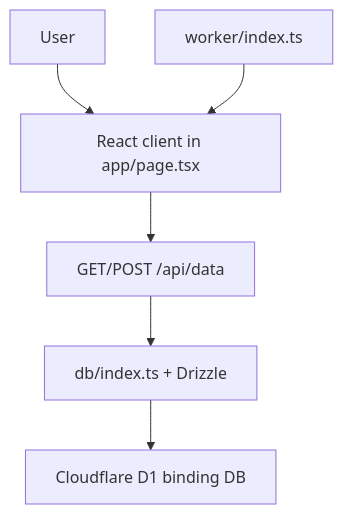
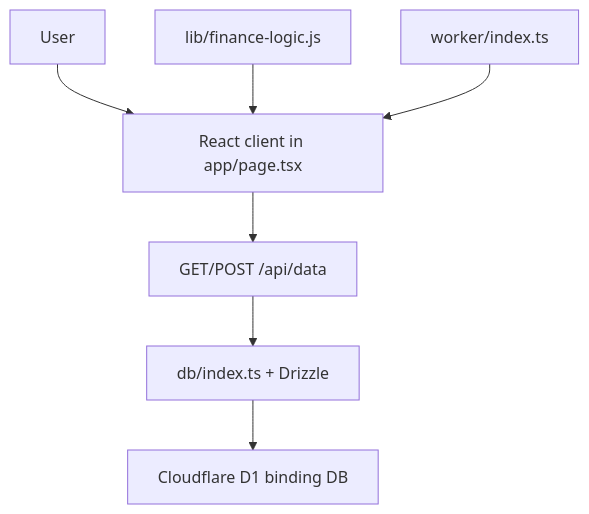
Before and after one commit to oy-Moscato/investment-lab: the diagram in docs/ARCHITECTURE.md, drawn with Mermaid. The commit also changed other lines of this file and 22 other files, not shown here.

````diff
--- a/docs/ARCHITECTURE.md
+++ b/docs/ARCHITECTURE.md
@@ -12,8 +12,9 @@
 ```mermaid
 flowchart TD
   U[User] --> UI[React client in app/page.tsx]
   UI --> API[GET/POST /api/data]
   API --> DAL[db/index.ts + Drizzle]
   DAL --> D1[Cloudflare D1 binding DB]
+  CALC[lib/finance-logic.js] --> UI
   W[worker/index.ts] --> UI
 ```
````
